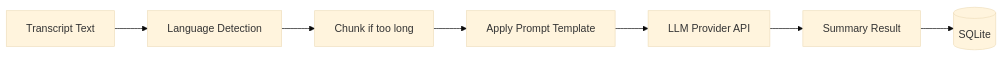
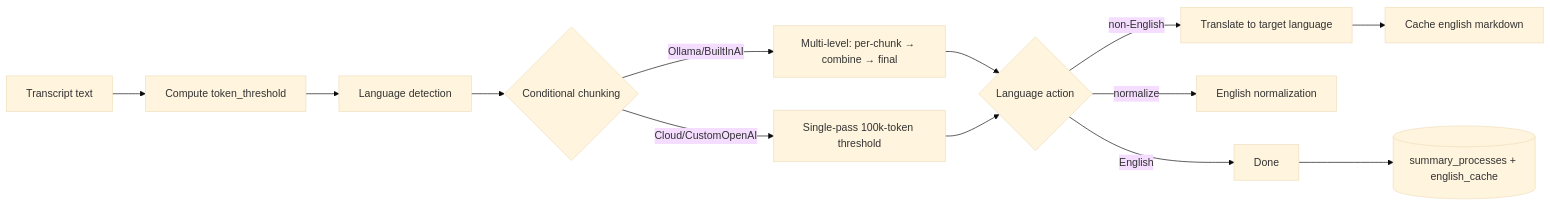
Before and after one commit to MPGek/meetily-mpg: the diagram in docs/CODEBASE_MAP_MODULE_SUMMARY.md, drawn with Mermaid (base theme). The commit also changed other lines of this file and 62 other files, not shown here.

````diff
--- a/docs/CODEBASE_MAP_MODULE_SUMMARY.md
+++ b/docs/CODEBASE_MAP_MODULE_SUMMARY.md
@@ -110,9 +79,15 @@
 ```mermaid
 graph LR
-    Transcript[Transcript Text] --> Detect[Language Detection]
-    Detect --> Chunking[Chunk if too long]
-    Chunking --> Template[Apply Prompt Template]
-    Template --> ProviderAPI[LLM Provider API]
-    ProviderAPI --> SummaryResult[Summary Result]
-    SummaryResult --> DB[(SQLite)]
+    Transcript[Transcript text] --> TokenCtx[Compute token_threshold]
+    TokenCtx --> Lang[Language detection]
+    Lang --> Chunk{Conditional chunking}
+    Chunk -->|Ollama/BuiltInAI| Multi[Multi-level: per-chunk → combine → final]
+    Chunk -->|Cloud/CustomOpenAI| Single[Single-pass 100k-token threshold]
+    Multi --> FinalLang{Language action}
+    Single --> FinalLang
+    FinalLang -->|non-English| Translate[Translate to target language]
+    FinalLang -->|normalize| Normalize[English normalization]
+    FinalLang -->|English| Done
+    Translate --> EnglishCache[Cache english markdown]
+    Done --> DB[(summary_processes + english_cache)]
 ```
````
